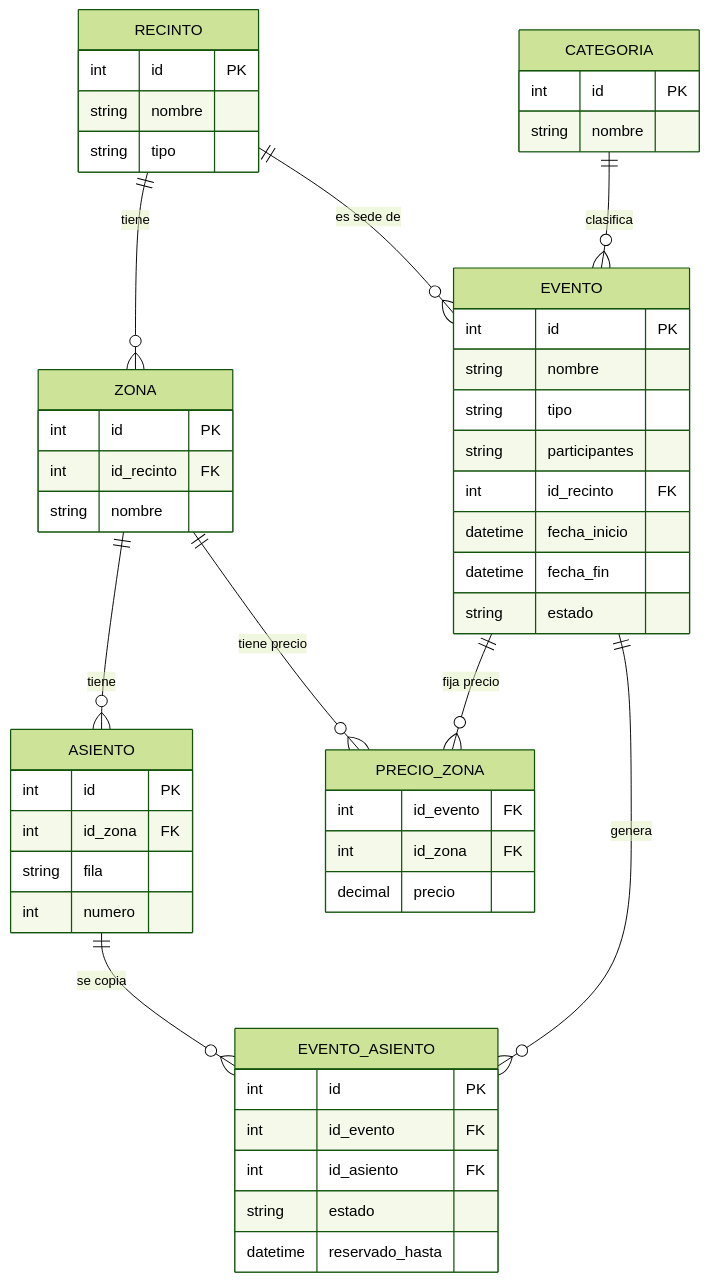
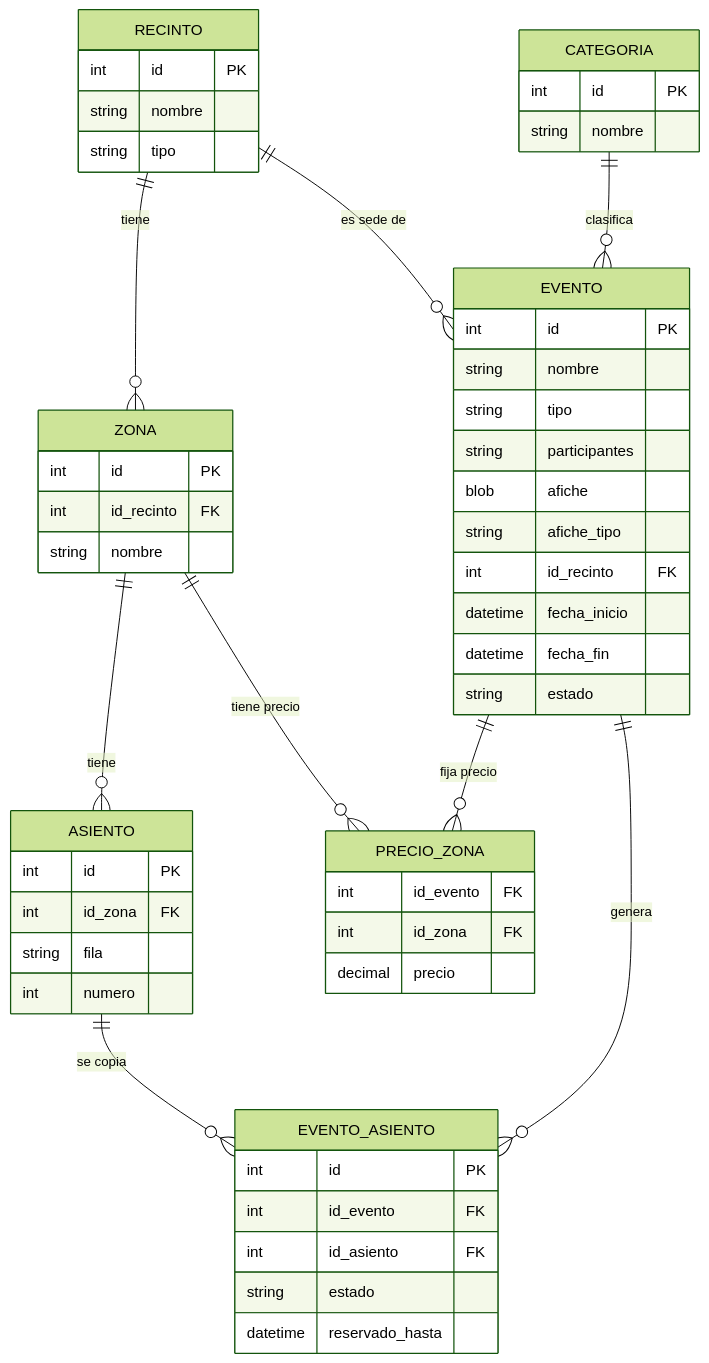
One commit to Jozeeh/TICKA changed the second of 5 diagrams in docs/diagrama_er.md. Above: the diagram before and after it, drawn with Mermaid (forest theme). The commit also changed other lines of this file and 3 other files, not shown here.

Commit message:
Documentación: afiche adjunto en el diagrama de la base, requerimientos, README y guion de la demo

````diff
--- a/docs/diagrama_er.md
+++ b/docs/diagrama_er.md
@@ -86,54 +86,56 @@
 ```mermaid
 erDiagram
     RECINTO ||--o{ ZONA : "tiene"
     ZONA ||--o{ ASIENTO : "tiene"
     RECINTO ||--o{ EVENTO : "es sede de"
     CATEGORIA ||--o{ EVENTO : "clasifica"
     EVENTO ||--o{ PRECIO_ZONA : "fija precio"
     ZONA ||--o{ PRECIO_ZONA : "tiene precio"
     EVENTO ||--o{ EVENTO_ASIENTO : "genera"
     ASIENTO ||--o{ EVENTO_ASIENTO : "se copia"
 
     RECINTO {
         int id PK
         string nombre
         string tipo
     }
     ZONA {
         int id PK
         int id_recinto FK
         string nombre
     }
     ASIENTO {
         int id PK
         int id_zona FK
         string fila
         int numero
     }
     CATEGORIA {
         int id PK
         string nombre
     }
     EVENTO {
         int id PK
         string nombre
         string tipo
         string participantes
+        blob afiche
+        string afiche_tipo
         int id_recinto FK
         datetime fecha_inicio
         datetime fecha_fin
         string estado
     }
     PRECIO_ZONA {
         int id_evento FK
         int id_zona FK
         decimal precio
     }
     EVENTO_ASIENTO {
         int id PK
         int id_evento FK
         int id_asiento FK
         string estado
         datetime reservado_hasta
     }
 ```
````
